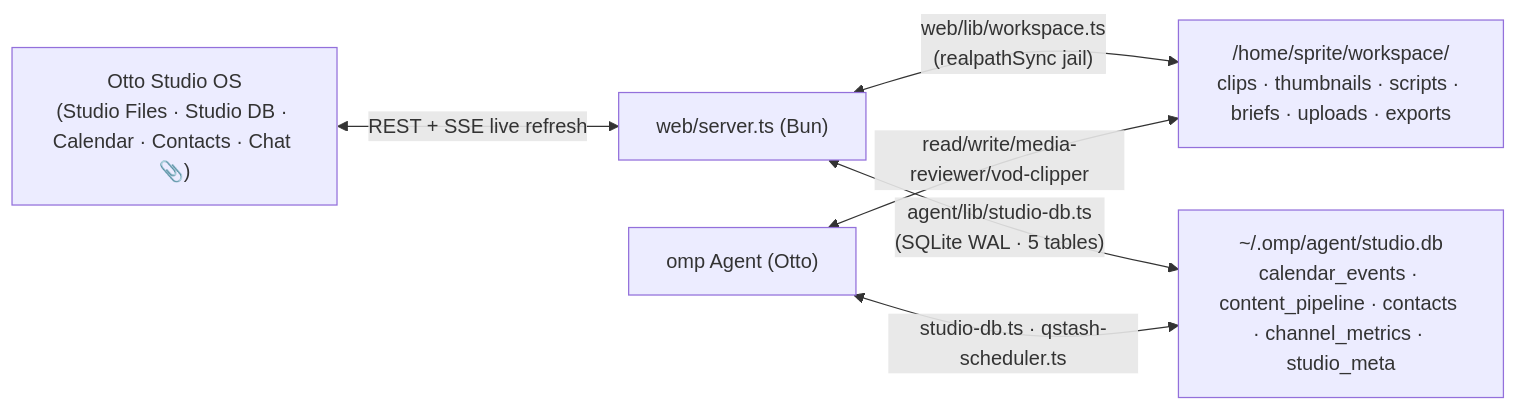
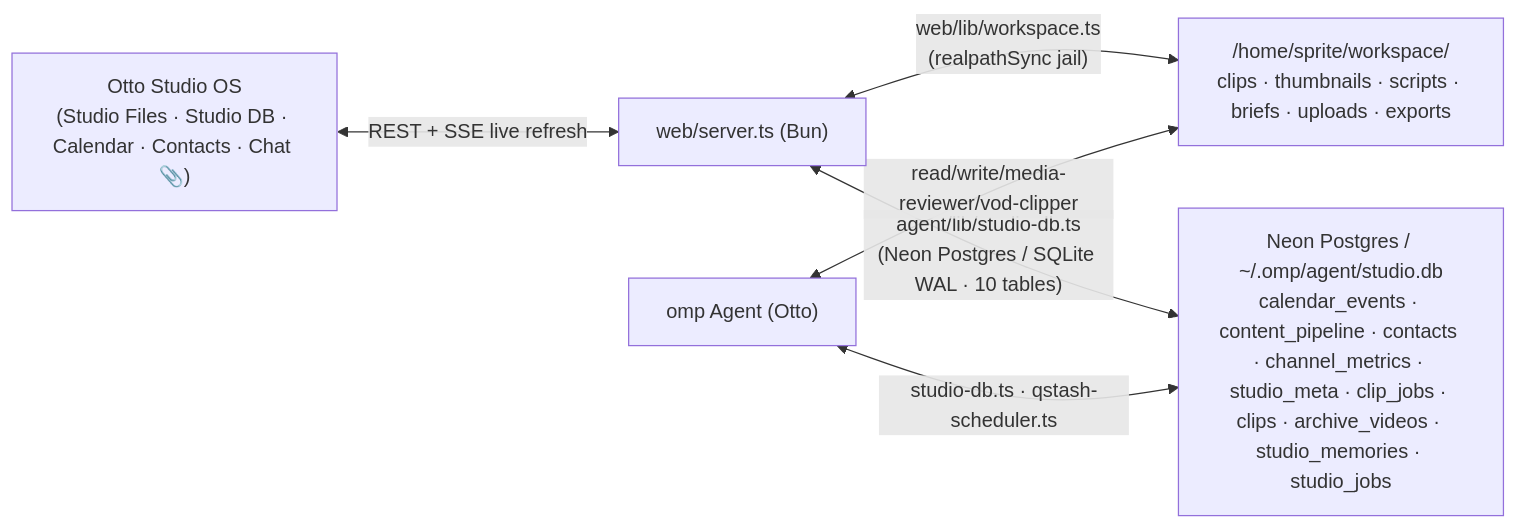
The fourth of 5 diagrams in docs/architecture.md (roffidaijoubu/otto), drawn with Mermaid before and after one commit. The commit also changed other lines of this file and 32 other files, not shown here.

Commit message:
security: harden RPC/QStash/auth boundaries, add 64 offline tests + CI, and reconcile architecture docs

````diff
--- a/docs/architecture.md
+++ b/docs/architecture.md
@@ -133,8 +134,8 @@
 ```mermaid
 flowchart LR
     UI["Otto Studio OS<br/>(Studio Files · Studio DB · Calendar · Contacts · Chat 📎)"] <-->|"REST + SSE live refresh"| S["web/server.ts (Bun)"]
     S <-->|"web/lib/workspace.ts<br/>(realpathSync jail)"| WS["/home/sprite/workspace/<br/>clips · thumbnails · scripts · briefs · uploads · exports"]
-    S <-->|"agent/lib/studio-db.ts<br/>(SQLite WAL · 5 tables)"| DB["~/.omp/agent/studio.db<br/>calendar_events · content_pipeline · contacts · channel_metrics · studio_meta"]
+    S <-->|"agent/lib/studio-db.ts<br/>(Neon Postgres / SQLite WAL · 10 tables)"| DB["Neon Postgres / ~/.omp/agent/studio.db<br/>calendar_events · content_pipeline · contacts · channel_metrics · studio_meta · clip_jobs · clips · archive_videos · studio_memories · studio_jobs"]
     OMP["omp Agent (Otto)"] <-->|"read/write/media-reviewer/vod-clipper"| WS
     OMP <-->|"studio-db.ts · qstash-scheduler.ts"| DB
 ```
````
